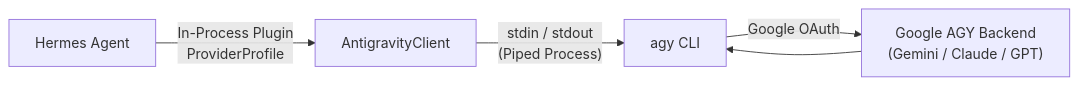
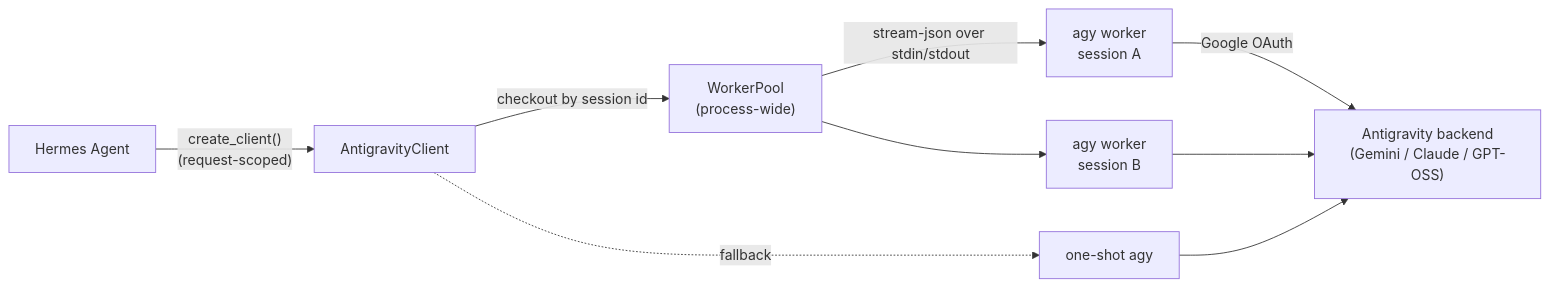
Before and after one commit to Anubisx404/agy-plugin: the diagram in README.md, drawn with Mermaid. The commit also changed other lines of this file and 21 other files, not shown here.

````diff
--- a/README.md
+++ b/README.md
@@ -5,7 +7,11 @@
 ```mermaid
 graph LR
-    A["Hermes Agent"] -->|"In-Process Plugin<br/>ProviderProfile"| B["AntigravityClient"]
-    B -->|"stdin / stdout<br/>(Piped Process)"| C["agy CLI"]
-    C -->|"Google OAuth"| D["Google AGY Backend<br/>(Gemini / Claude / GPT)"]
-    D --> C
+    H["Hermes Agent"] -->|"create_client()<br/>(request-scoped)"| C["AntigravityClient"]
+    C -->|"checkout by session id"| P["WorkerPool<br/>(process-wide)"]
+    P -->|"stream-json over stdin/stdout"| W1["agy worker<br/>session A"]
+    P --> W2["agy worker<br/>session B"]
+    C -.->|"fallback"| O["one-shot agy"]
+    W1 -->|"Google OAuth"| G["Antigravity backend<br/>(Gemini / Claude / GPT-OSS)"]
+    W2 --> G
+    O --> G
 ```
````
